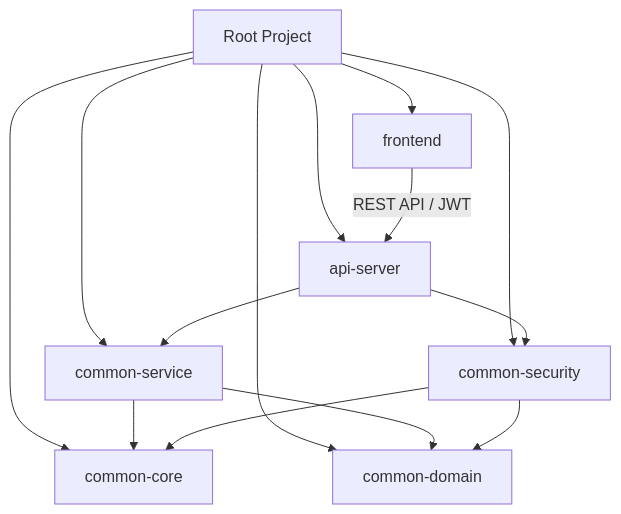
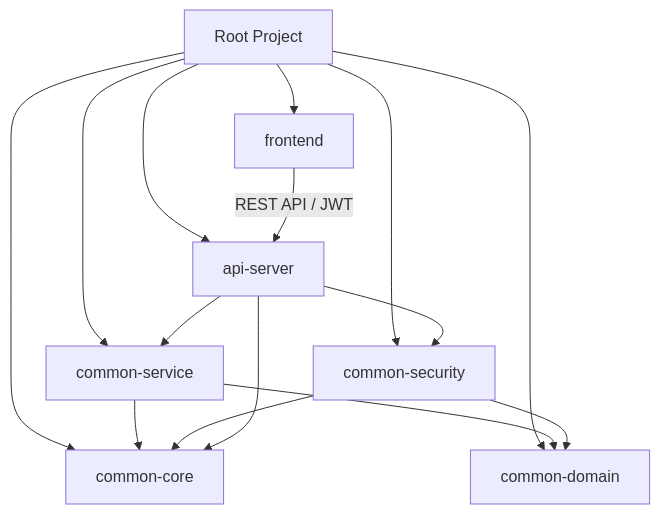
Before and after one commit to lkindo/egov-enterprise: the diagram in docs/TRD.MD, drawn with Mermaid. The commit also changed other lines of this file and 8 other files, not shown here.

````diff
--- a/docs/TRD.MD
+++ b/docs/TRD.MD
@@ -15,17 +65,18 @@
 ```mermaid
 graph TD
     Root[Root Project] --> Core[common-core]
     Root --> Domain[common-domain]
     Root --> Security[common-security]
     Root --> Service[common-service]
     Root --> API[api-server]
     Root --> Frontend[frontend]
-    
+
     Service --> Domain
     Service --> Core
     Security --> Domain
     Security --> Core
     API --> Service
     API --> Security
+    API --> Core
     Frontend -- REST API / JWT --> API
 ```
````
